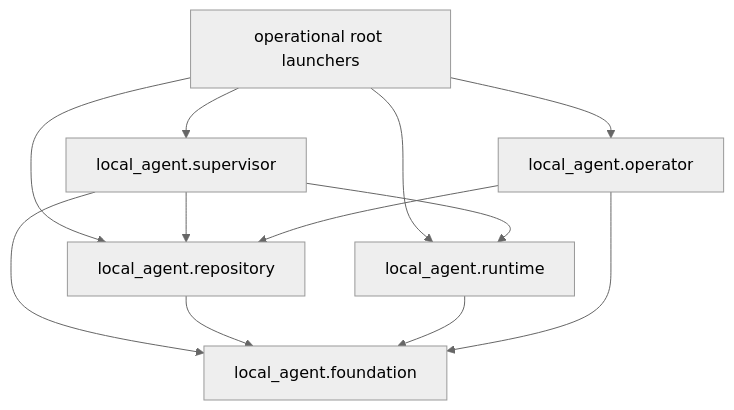
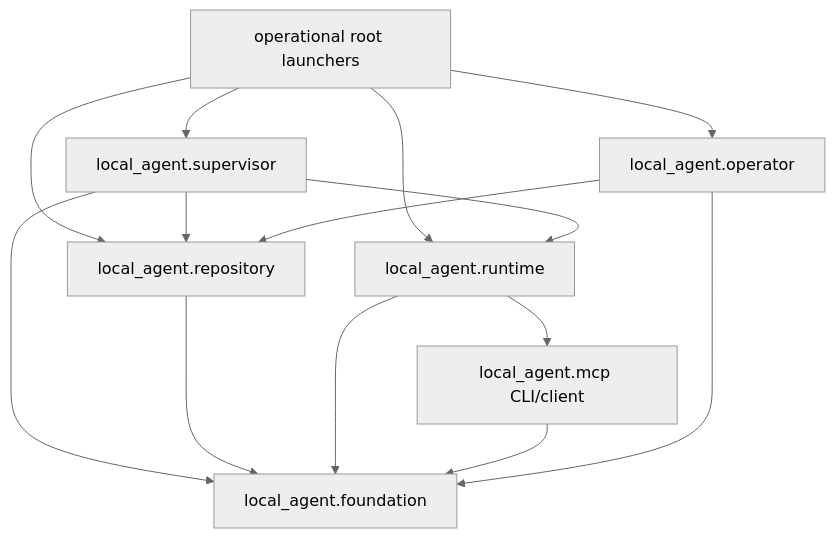
One commit to MichalMatu/local-agent changed the second of 3 diagrams in docs/ARCHITECTURE.md. Above: the diagram before and after it, drawn with Mermaid (neutral theme). The commit also changed other lines of this file, not shown here.

Commit message:
Document MCP architecture boundary

````diff
--- a/docs/ARCHITECTURE.md
+++ b/docs/ARCHITECTURE.md
@@ -142,14 +158,16 @@
 ```mermaid
 flowchart TD
     Root["operational root launchers"] --> Supervisor["local_agent.supervisor"]
     Root --> Repo["local_agent.repository"]
     Root --> Runtime["local_agent.runtime"]
     Root --> Operator["local_agent.operator"]
+    Runtime --> MCP["local_agent.mcp CLI/client"]
     Supervisor --> Repo
     Supervisor --> Runtime
     Supervisor --> Foundation["local_agent.foundation"]
     Repo --> Foundation
     Runtime --> Foundation
+    MCP --> Foundation
     Operator --> Repo
     Operator --> Foundation
 ```
````
